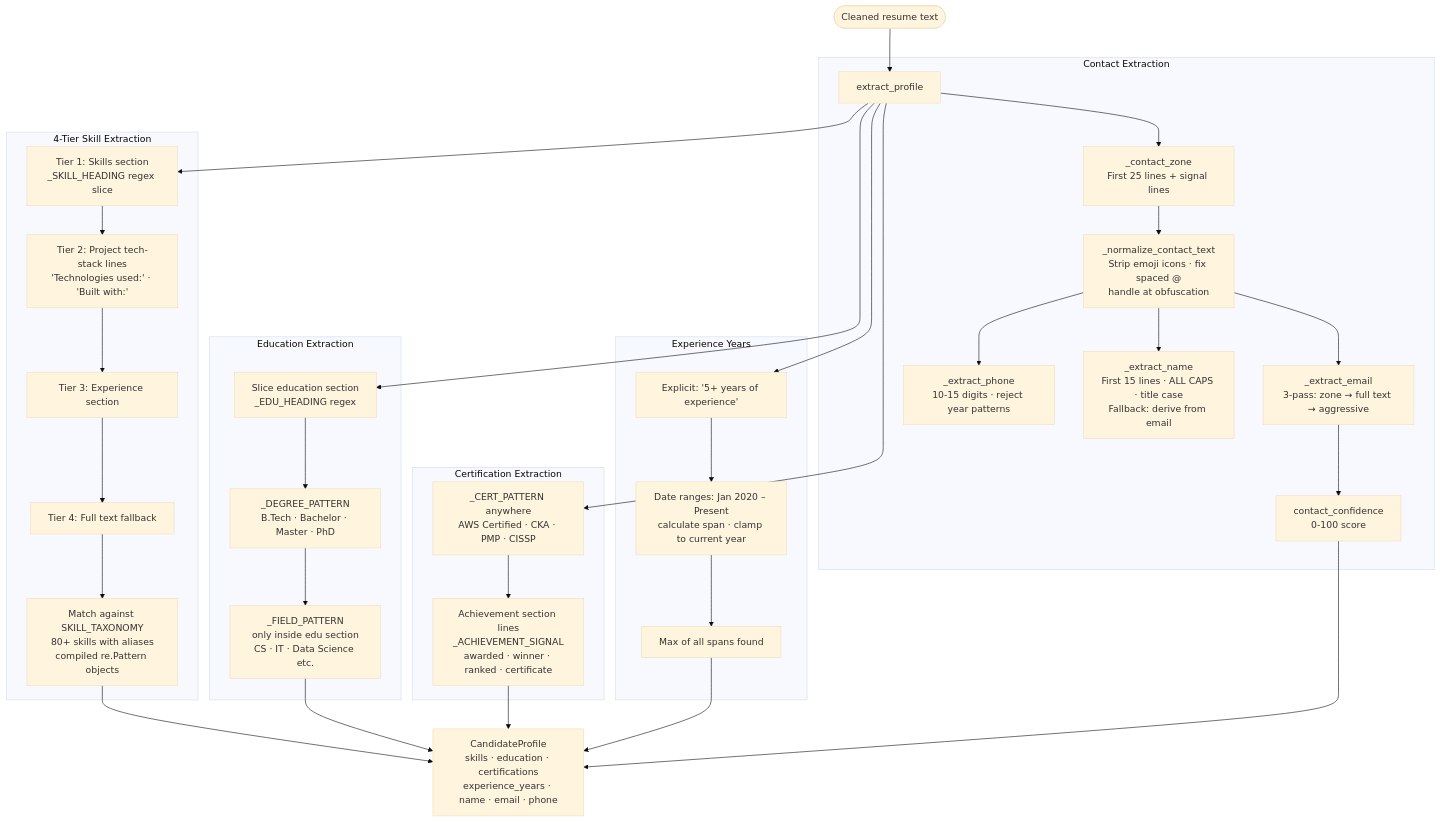
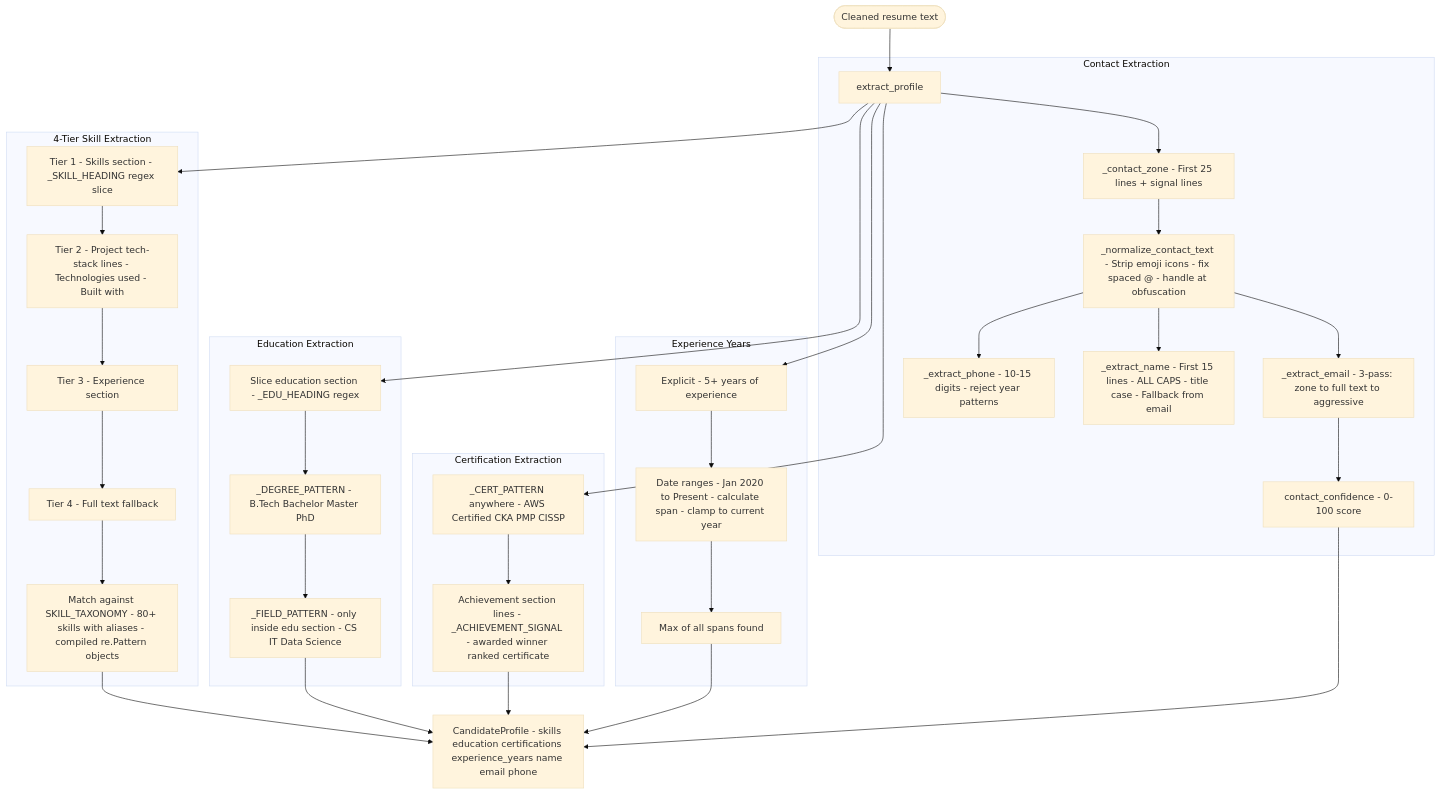
The fifth of 12 diagrams in FLOWCHARTS.md (Deep841/fairhire-ai), drawn with Mermaid (base theme) before and after one commit. The commit also changed other lines of this file, not shown here.

Commit message:
fix: Remove all emojis and unicode from flowcharts - plain ASCII only for Mermaid compatibility

````diff
--- a/FLOWCHARTS.md
+++ b/FLOWCHARTS.md
@@ -227,44 +224,44 @@
 ```mermaid
 flowchart TD
     A([Cleaned resume text]) --> B[extract_profile]
 
     subgraph CONTACT["Contact Extraction"]
-        B --> C[_contact_zone\nFirst 25 lines + signal lines]
-        C --> D[_normalize_contact_text\nStrip emoji icons · fix spaced @\nhandle at obfuscation]
-        D --> E[_extract_email\n3-pass: zone → full text → aggressive]
-        D --> F[_extract_phone\n10-15 digits · reject year patterns]
-        D --> G[_extract_name\nFirst 15 lines · ALL CAPS · title case\nFallback: derive from email]
-        E --> H[contact_confidence\n0-100 score]
+        B --> C[_contact_zone - First 25 lines + signal lines]
+        C --> D[_normalize_contact_text - Strip emoji icons - fix spaced @ - handle at obfuscation]
+        D --> E[_extract_email - 3-pass: zone to full text to aggressive]
+        D --> F[_extract_phone - 10-15 digits - reject year patterns]
+        D --> G[_extract_name - First 15 lines - ALL CAPS - title case - Fallback from email]
+        E --> H[contact_confidence - 0-100 score]
     end
 
     subgraph SKILLS["4-Tier Skill Extraction"]
-        B --> S1[Tier 1: Skills section\n_SKILL_HEADING regex slice]
-        S1 --> S2[Tier 2: Project tech-stack lines\n'Technologies used:' · 'Built with:']
-        S2 --> S3[Tier 3: Experience section]
-        S3 --> S4[Tier 4: Full text fallback]
-        S4 --> S5[Match against SKILL_TAXONOMY\n80+ skills with aliases\ncompiled re.Pattern objects]
+        B --> S1[Tier 1 - Skills section - _SKILL_HEADING regex slice]
+        S1 --> S2[Tier 2 - Project tech-stack lines - Technologies used - Built with]
+        S2 --> S3[Tier 3 - Experience section]
+        S3 --> S4[Tier 4 - Full text fallback]
+        S4 --> S5[Match against SKILL_TAXONOMY - 80+ skills with aliases - compiled re.Pattern objects]
     end
 
     subgraph EDU["Education Extraction"]
-        B --> E1[Slice education section\n_EDU_HEADING regex]
-        E1 --> E2[_DEGREE_PATTERN\nB.Tech · Bachelor · Master · PhD]
-        E2 --> E3[_FIELD_PATTERN\nonly inside edu section\nCS · IT · Data Science etc.]
+        B --> E1[Slice education section - _EDU_HEADING regex]
+        E1 --> E2[_DEGREE_PATTERN - B.Tech Bachelor Master PhD]
+        E2 --> E3[_FIELD_PATTERN - only inside edu section - CS IT Data Science]
     end
 
     subgraph CERT["Certification Extraction"]
-        B --> C1[_CERT_PATTERN anywhere\nAWS Certified · CKA · PMP · CISSP]
-        C1 --> C2[Achievement section lines\n_ACHIEVEMENT_SIGNAL\nawarded · winner · ranked · certificate]
+        B --> C1[_CERT_PATTERN anywhere - AWS Certified CKA PMP CISSP]
+        C1 --> C2[Achievement section lines - _ACHIEVEMENT_SIGNAL - awarded winner ranked certificate]
     end
 
     subgraph EXP["Experience Years"]
-        B --> X1[Explicit: '5+ years of experience']
-        X1 --> X2[Date ranges: Jan 2020 – Present\ncalculate span · clamp to current year]
+        B --> X1[Explicit - 5+ years of experience]
+        X1 --> X2[Date ranges - Jan 2020 to Present - calculate span - clamp to current year]
         X2 --> X3[Max of all spans found]
     end
 
-    S5 --> RESULT[CandidateProfile\nskills · education · certifications\nexperience_years · name · email · phone]
+    S5 --> RESULT[CandidateProfile - skills education certifications experience_years name email phone]
     E3 --> RESULT
     C2 --> RESULT
     X3 --> RESULT
     H --> RESULT
 ```
````
